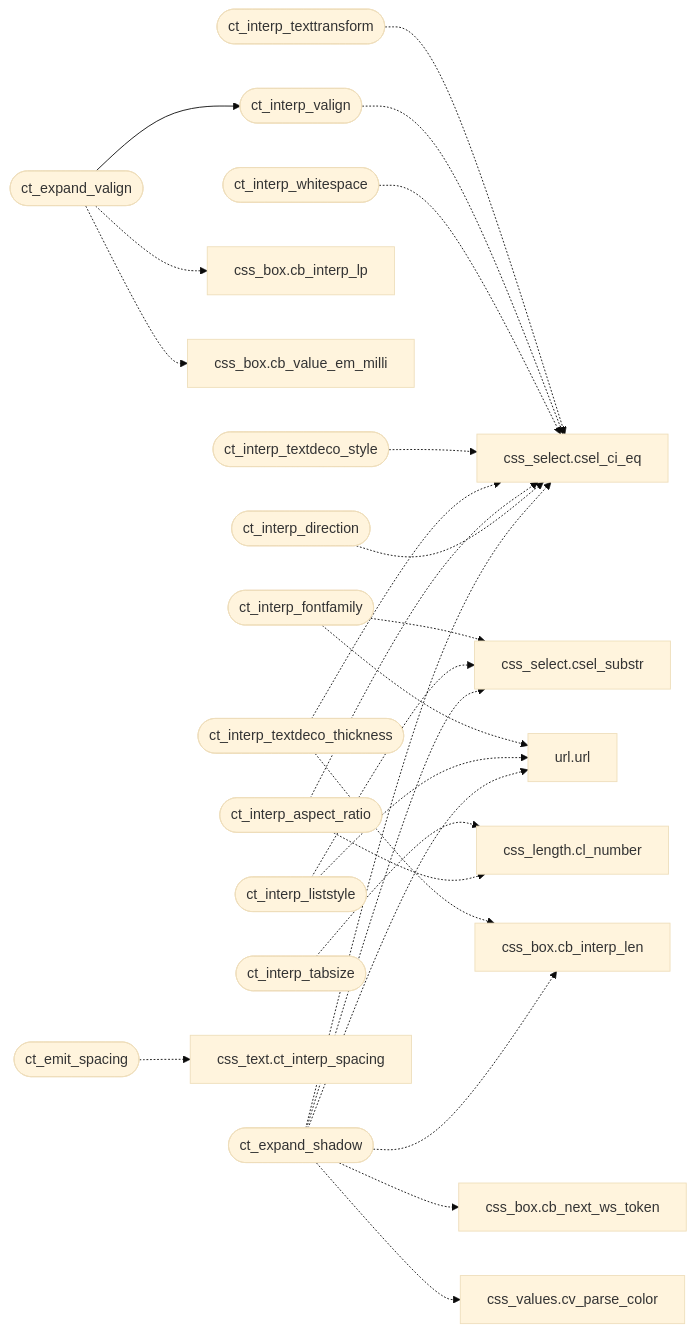
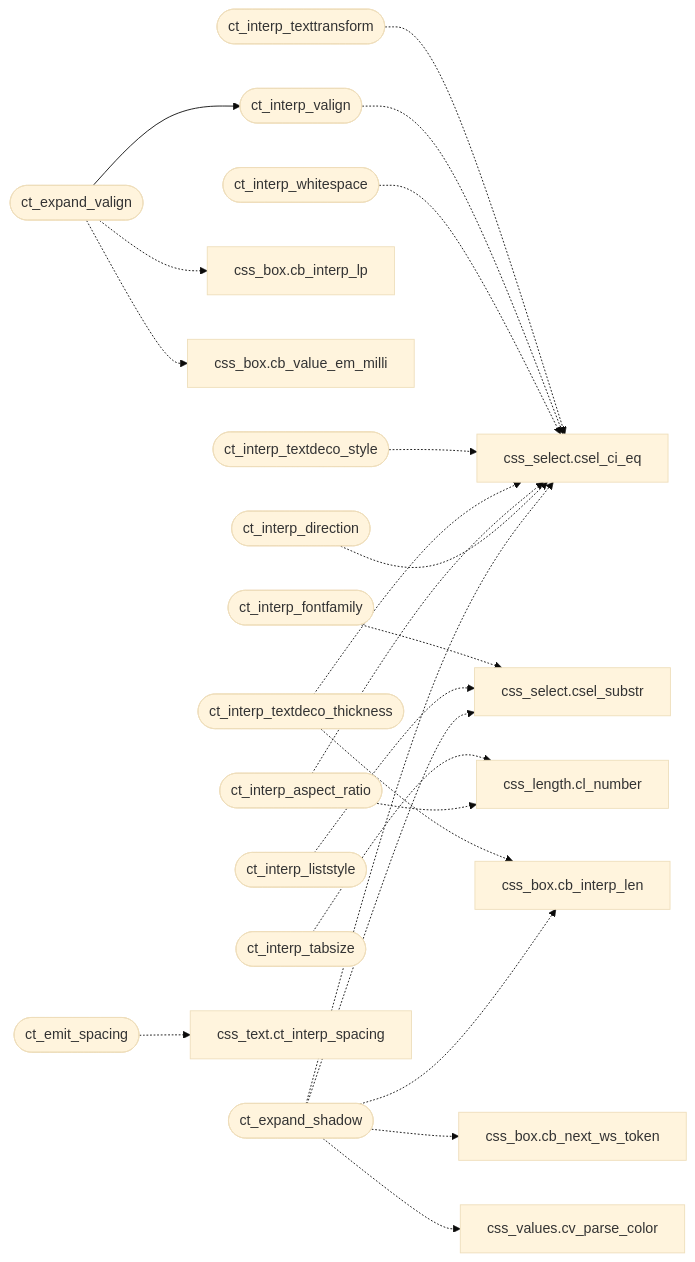
One commit to grisuno/FreeDom changed the diagram in readmenator-apidocs/modules/src.css_text.c.md. Above: the diagram before and after it, drawn with Mermaid (base theme). The commit also changed other lines of this file and 221 other files, not shown here.

````diff
--- a/readmenator-apidocs/modules/src.css_text.c.md
+++ b/readmenator-apidocs/modules/src.css_text.c.md
@@ -15,50 +15,46 @@
 ```mermaid
 flowchart LR
     n_src_css_text_c__ct_expand_valign(["ct_expand_valign"])
     n_src_css_text_c__ct_interp_valign(["ct_interp_valign"])
     n_src_css_text_c__ct_interp_fontfamily(["ct_interp_fontfamily"])
     n_include_css_select_h__csel_substr["css_select.csel_substr"]
-    n_include_url_h__url["url.url"]
     n_src_css_text_c__ct_interp_texttransform(["ct_interp_texttransform"])
     n_include_css_select_h__csel_ci_eq["css_select.csel_ci_eq"]
     n_include_css_box_h__cb_interp_lp["css_box.cb_interp_lp"]
     n_include_css_box_h__cb_value_em_milli["css_box.cb_value_em_milli"]
     n_src_css_text_c__ct_interp_whitespace(["ct_interp_whitespace"])
     n_src_css_text_c__ct_interp_tabsize(["ct_interp_tabsize"])
     n_include_css_length_h__cl_number["css_length.cl_number"]
     n_src_css_text_c__ct_interp_textdeco_style(["ct_interp_textdeco_style"])
     n_src_css_text_c__ct_interp_textdeco_thickness(["ct_interp_textdeco_thickness"])
     n_include_css_box_h__cb_interp_len["css_box.cb_interp_len"]
     n_src_css_text_c__ct_interp_aspect_ratio(["ct_interp_aspect_ratio"])
     n_src_css_text_c__ct_interp_direction(["ct_interp_direction"])
     n_src_css_text_c__ct_interp_liststyle(["ct_interp_liststyle"])
     n_src_css_text_c__ct_emit_spacing(["ct_emit_spacing"])
     n_include_css_text_h__ct_interp_spacing["css_text.ct_interp_spacing"]
     n_src_css_text_c__ct_expand_shadow(["ct_expand_shadow"])
     n_include_css_box_h__cb_next_ws_token["css_box.cb_next_ws_token"]
     n_include_css_values_h__cv_parse_color["css_values.cv_parse_color"]
     n_src_css_text_c__ct_expand_valign --> n_src_css_text_c__ct_interp_valign
     n_src_css_text_c__ct_interp_fontfamily -.-> n_include_css_select_h__csel_substr
-    n_src_css_text_c__ct_interp_fontfamily -.-> n_include_url_h__url
     n_src_css_text_c__ct_interp_texttransform -.-> n_include_css_select_h__csel_ci_eq
     n_src_css_text_c__ct_interp_valign -.-> n_include_css_select_h__csel_ci_eq
     n_src_css_text_c__ct_expand_valign -.-> n_include_css_box_h__cb_interp_lp
     n_src_css_text_c__ct_expand_valign -.-> n_include_css_box_h__cb_value_em_milli
     n_src_css_text_c__ct_interp_whitespace -.-> n_include_css_select_h__csel_ci_eq
     n_src_css_text_c__ct_interp_tabsize -.-> n_include_css_length_h__cl_number
     n_src_css_text_c__ct_interp_textdeco_style -.-> n_include_css_select_h__csel_ci_eq
     n_src_css_text_c__ct_interp_textdeco_thickness -.-> n_include_css_box_h__cb_interp_len
     n_src_css_text_c__ct_interp_textdeco_thickness -.-> n_include_css_select_h__csel_ci_eq
     n_src_css_text_c__ct_interp_aspect_ratio -.-> n_include_css_length_h__cl_number
     n_src_css_text_c__ct_interp_aspect_ratio -.-> n_include_css_select_h__csel_ci_eq
     n_src_css_text_c__ct_interp_direction -.-> n_include_css_select_h__csel_ci_eq
     n_src_css_text_c__ct_interp_liststyle -.-> n_include_css_select_h__csel_substr
-    n_src_css_text_c__ct_interp_liststyle -.-> n_include_url_h__url
     n_src_css_text_c__ct_emit_spacing -.-> n_include_css_text_h__ct_interp_spacing
     n_src_css_text_c__ct_expand_shadow -.-> n_include_css_box_h__cb_interp_len
     n_src_css_text_c__ct_expand_shadow -.-> n_include_css_box_h__cb_next_ws_token
     n_src_css_text_c__ct_expand_shadow -.-> n_include_css_select_h__csel_ci_eq
     n_src_css_text_c__ct_expand_shadow -.-> n_include_css_select_h__csel_substr
     n_src_css_text_c__ct_expand_shadow -.-> n_include_css_values_h__cv_parse_color
-    n_src_css_text_c__ct_expand_shadow -.-> n_include_url_h__url
 ```
````
